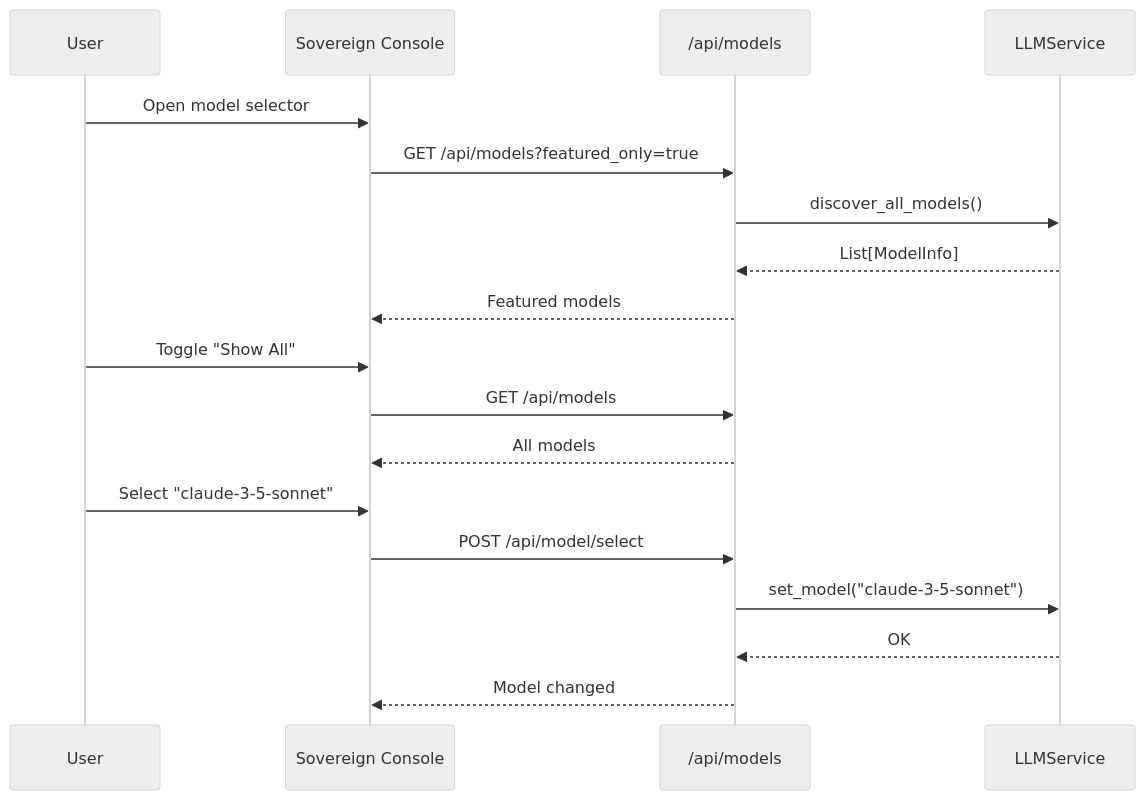
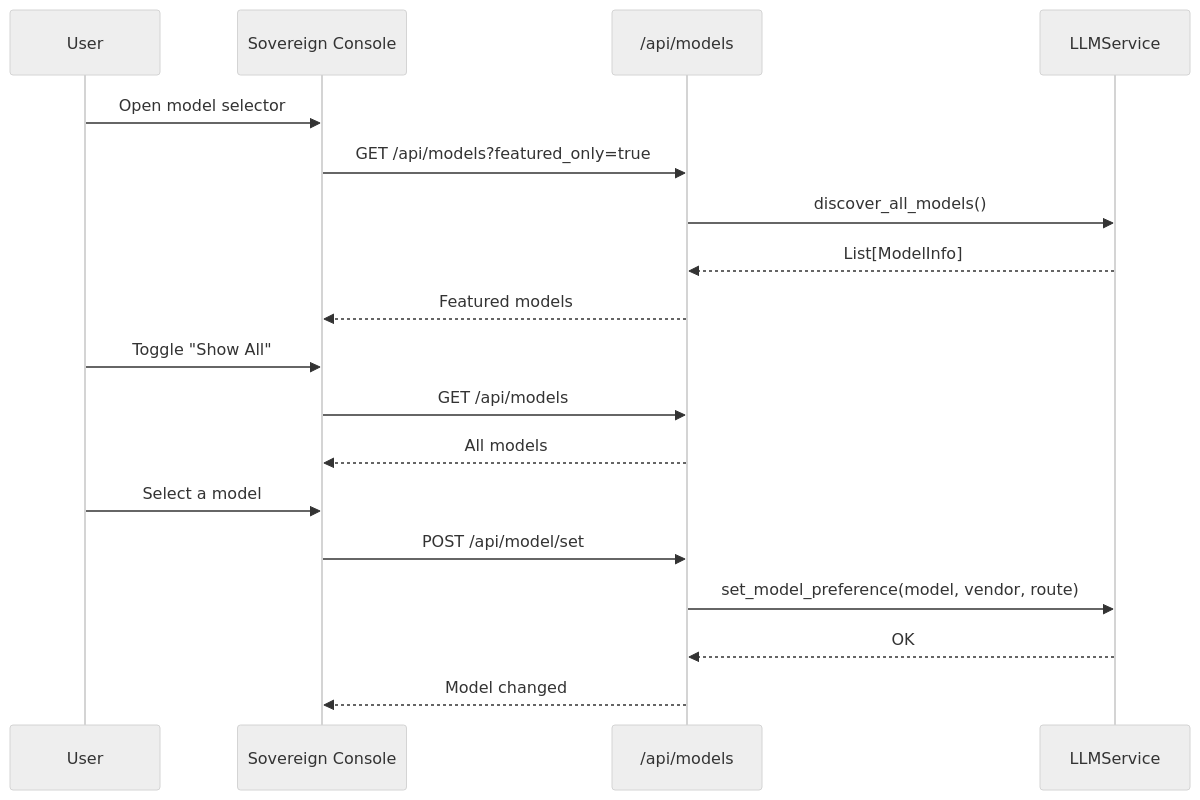
Before and after one commit to KestrelSovereignAI/kestrel-sovereign: diagram 14 of 14 in docs/diagrams/06-llm-management.md, drawn with Mermaid (neutral theme). The commit also changed other lines of this file and 2 other files, not shown here.

First line of the commit message:
docs(llm): refresh provider docs to reflect SDK migration + honesty layer (#1099)

````diff
--- a/docs/diagrams/06-llm-management.md
+++ b/docs/diagrams/06-llm-management.md
@@ -366,23 +412,23 @@
 ```mermaid
 sequenceDiagram
     participant U as User
     participant UI as Sovereign Console
     participant API as /api/models
     participant LLM as LLMService
 
     U->>UI: Open model selector
     UI->>API: GET /api/models?featured_only=true
     API->>LLM: discover_all_models()
     LLM-->>API: List[ModelInfo]
     API-->>UI: Featured models
 
     U->>UI: Toggle "Show All"
     UI->>API: GET /api/models
     API-->>UI: All models
 
-    U->>UI: Select "claude-3-5-sonnet"
-    UI->>API: POST /api/model/select
-    API->>LLM: set_model("claude-3-5-sonnet")
+    U->>UI: Select a model
+    UI->>API: POST /api/model/set
+    API->>LLM: set_model_preference(model, vendor, route)
     LLM-->>API: OK
     API-->>UI: Model changed
 ```
````
